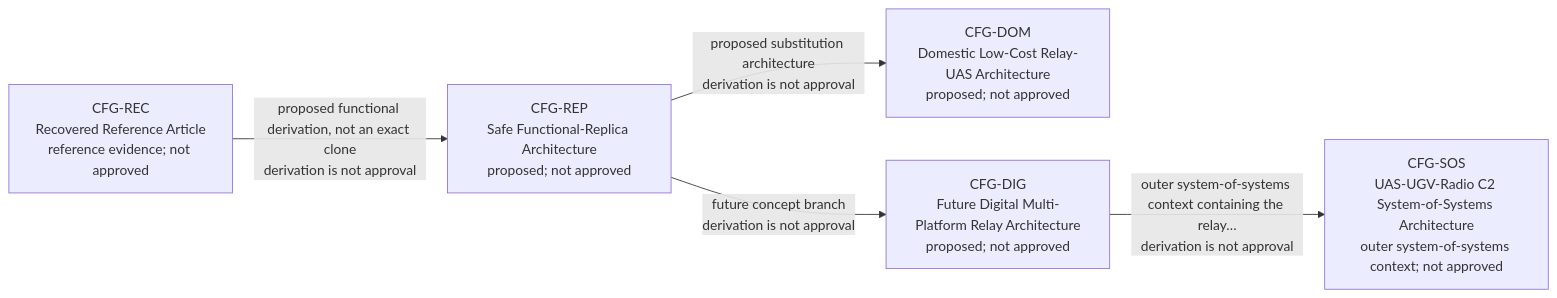
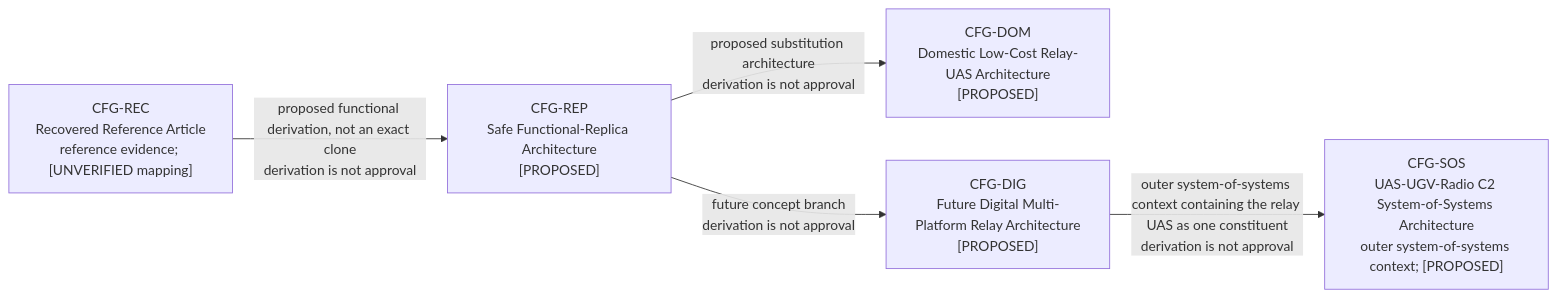
One commit to noahstephenson/low-cost-relay-uas changed the first of 17 diagrams in reports/architecture-views.md. Above: the diagram before and after it, drawn with Mermaid. The commit also changed other lines of this file and 28 other files, not shown here.

Commit message:
Simplify and consolidate architecture repository

````diff
--- a/reports/architecture-views.md
+++ b/reports/architecture-views.md
@@ -22,13 +22,13 @@
 ```mermaid
 flowchart LR
     %% Configuration scope: CFG-REC / CFG-REP / CFG-DOM / CFG-DIG / CFG-SOS
-    CFG_REC["CFG-REC<br/>Recovered Reference Article<br/>reference evidence; not approved"]
-    CFG_REP["CFG-REP<br/>Safe Functional-Replica Architecture<br/>proposed; not approved"]
-    CFG_DOM["CFG-DOM<br/>Domestic Low-Cost Relay-UAS Architecture<br/>proposed; not approved"]
-    CFG_DIG["CFG-DIG<br/>Future Digital Multi-Platform Relay Architecture<br/>proposed; not approved"]
-    CFG_SOS["CFG-SOS<br/>UAS-UGV-Radio C2 System-of-Systems Architecture<br/>outer system-of-systems context; not approved"]
+    CFG_REC["CFG-REC<br/>Recovered Reference Article<br/>reference evidence; [UNVERIFIED mapping]"]
+    CFG_REP["CFG-REP<br/>Safe Functional-Replica Architecture<br/>[PROPOSED]"]
+    CFG_DOM["CFG-DOM<br/>Domestic Low-Cost Relay-UAS Architecture<br/>[PROPOSED]"]
+    CFG_DIG["CFG-DIG<br/>Future Digital Multi-Platform Relay Architecture<br/>[PROPOSED]"]
+    CFG_SOS["CFG-SOS<br/>UAS-UGV-Radio C2 System-of-Systems Architecture<br/>outer system-of-systems context; [PROPOSED]"]
     CFG_REC -->|"proposed functional derivation, not an exact clone<br/>derivation is not approval"| CFG_REP
     CFG_REP -->|"proposed substitution architecture<br/>derivation is not approval"| CFG_DOM
     CFG_REP -->|"future concept branch<br/>derivation is not approval"| CFG_DIG
-    CFG_DIG -->|"outer system-of-systems context containing the relay…<br/>derivation is not approval"| CFG_SOS
+    CFG_DIG -->|"outer system-of-systems context containing the relay UAS as one constituent<br/>derivation is not approval"| CFG_SOS
 ```
````
